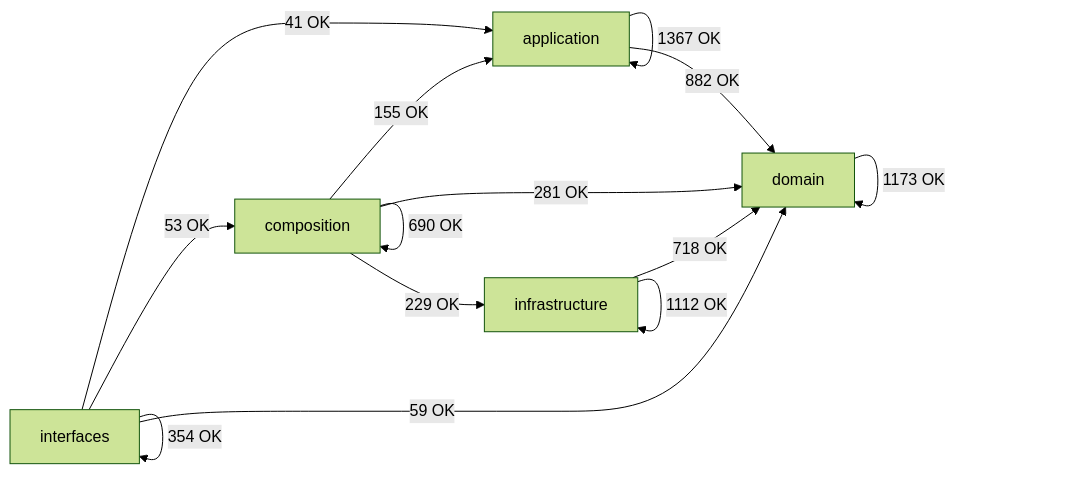
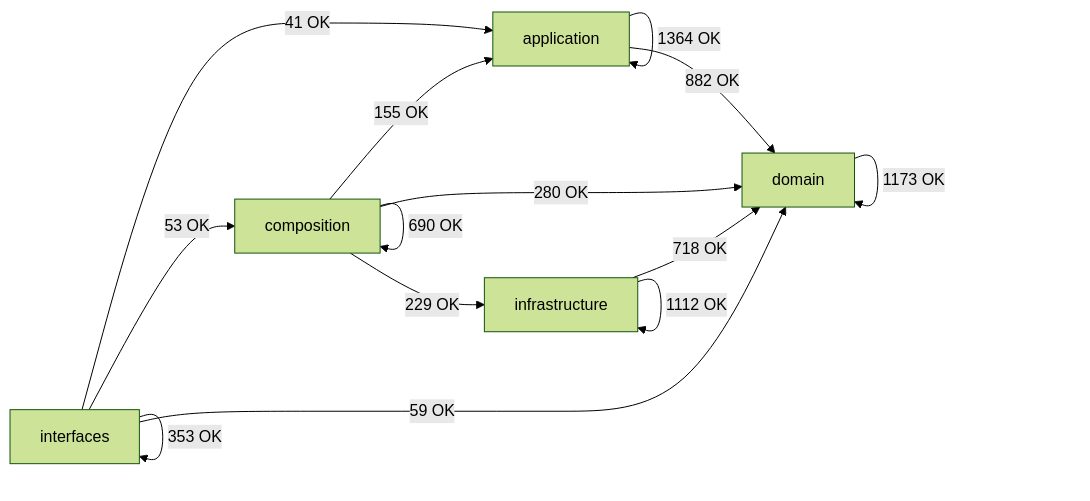
One commit to SatoryKono/BioactivityDataAcquisition changed the diagram in docs/02-architecture/generated/module-dependency-map.md. Above: the diagram before and after it, drawn with Mermaid (forest theme). The commit also changed other lines of this file and 1 other file, not shown here.

First line of the commit message:
fix(ci): rebind architecture dependency-map fingerprint

````diff
--- a/docs/02-architecture/generated/module-dependency-map.md
+++ b/docs/02-architecture/generated/module-dependency-map.md
@@ -17,21 +17,21 @@
 ```mermaid
 flowchart LR
     domain[domain]
     application[application]
     infrastructure[infrastructure]
     composition[composition]
     interfaces[interfaces]
-    application -->|1367 OK| application
+    application -->|1364 OK| application
     application -->|882 OK| domain
     composition -->|155 OK| application
     composition -->|690 OK| composition
-    composition -->|281 OK| domain
+    composition -->|280 OK| domain
     composition -->|229 OK| infrastructure
     domain -->|1173 OK| domain
     infrastructure -->|718 OK| domain
     infrastructure -->|1112 OK| infrastructure
     interfaces -->|41 OK| application
     interfaces -->|53 OK| composition
     interfaces -->|59 OK| domain
-    interfaces -->|354 OK| interfaces
+    interfaces -->|353 OK| interfaces
 ```
````
